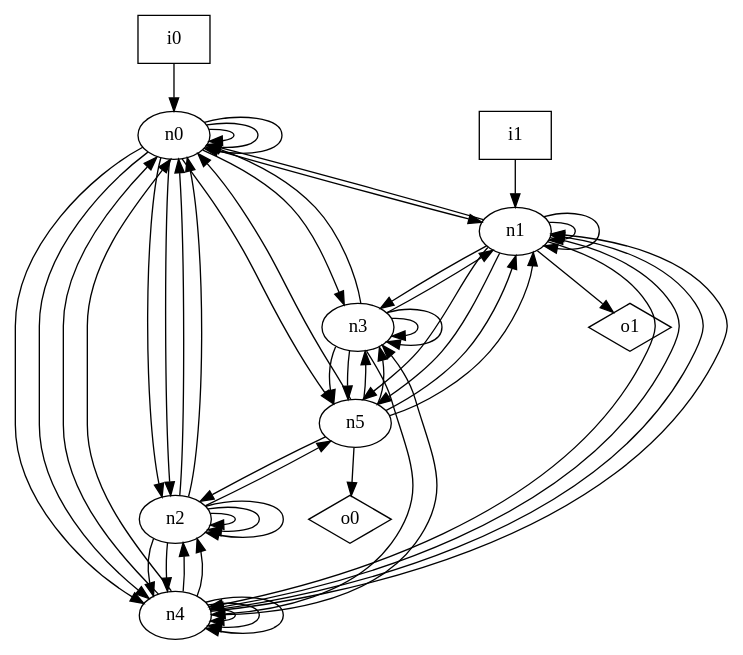
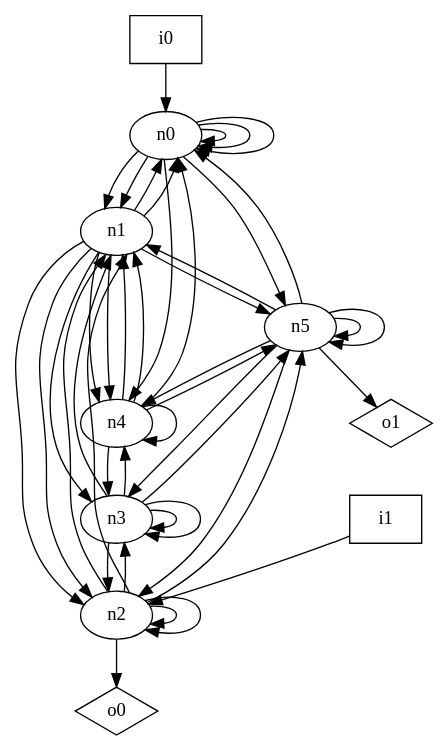
The diagram in dot_files/random_graph/undirected_graph.dot (p9romain/bool-circuits), drawn with Graphviz before and after one commit. The commit also changed 74 other files, not shown here.

```diff
--- a/dot_files/random_graph/undirected_graph.dot
+++ b/dot_files/random_graph/undirected_graph.dot
@@ -1,65 +1,56 @@
 digraph G {
 n0 [label="n0"];
 n1 [label="n1"];
 n2 [label="n2"];
 n3 [label="n3"];
 n4 [label="n4"];
 n5 [label="n5"];
 n6 [label="i0",shape="box"];
 n7 [label="i1",shape="box"];
 n8 [label="o0",shape="diamond"];
 n9 [label="o1",shape="diamond"];
 n0 -> n0
 n0 -> n0
 n0 -> n0
 n0 -> n1
-n0 -> n2
-n0 -> n2
-n0 -> n3
-n0 -> n4
+n0 -> n1
 n0 -> n4
 n0 -> n5
 n1 -> n0
-n1 -> n1
-n1 -> n1
+n1 -> n0
+n1 -> n2
+n1 -> n2
 n1 -> n3
 n1 -> n4
 n1 -> n4
 n1 -> n5
-n1 -> n5
-n1 -> n9
-n2 -> n0
-n2 -> n0
+n2 -> n1
+n2 -> n1
 n2 -> n2
 n2 -> n2
-n2 -> n2
-n2 -> n4
-n2 -> n4
+n2 -> n3
 n2 -> n5
-n3 -> n0
+n2 -> n8
 n3 -> n1
+n3 -> n2
 n3 -> n3
 n3 -> n3
 n3 -> n4
 n3 -> n5
-n3 -> n5
-n4 -> n0
 n4 -> n0
 n4 -> n1
 n4 -> n1
-n4 -> n2
-n4 -> n2
 n4 -> n3
 n4 -> n4
-n4 -> n4
-n4 -> n4
+n4 -> n5
 n5 -> n0
-n5 -> n1
 n5 -> n1
 n5 -> n2
 n5 -> n3
-n5 -> n3
-n5 -> n8
+n5 -> n4
+n5 -> n5
+n5 -> n5
+n5 -> n9
 n6 -> n0
-n7 -> n1
+n7 -> n2
 }
```
